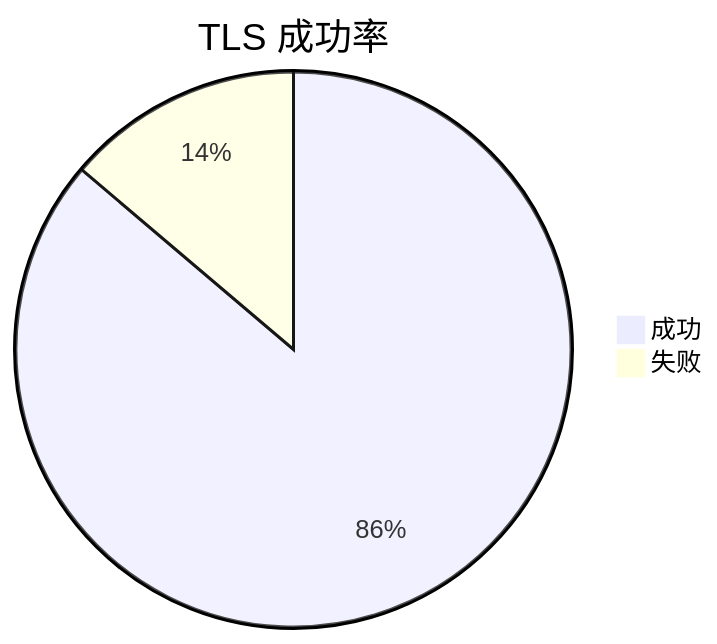
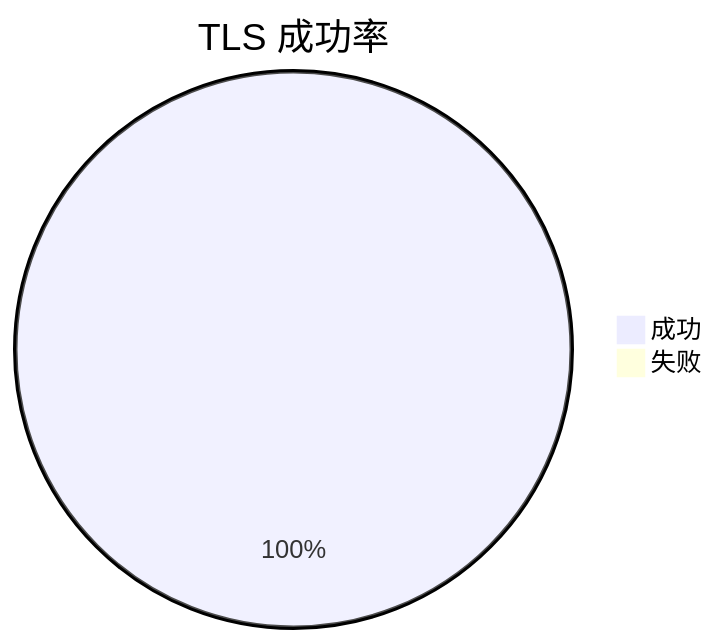
The diagram in scripts/connectivity/CONNECTIVITY.md (ljxme/GameLove), drawn with Mermaid before and after one commit. The commit also changed other lines of this file and 15 other files, not shown here.

````diff
--- a/scripts/connectivity/CONNECTIVITY.md
+++ b/scripts/connectivity/CONNECTIVITY.md
@@ -8,5 +8,5 @@
 ```mermaid
 pie title TLS 成功率
-  "成功" : 25
-  "失败" : 4
+  "成功" : 29
+  "失败" : 0
 ```
````
